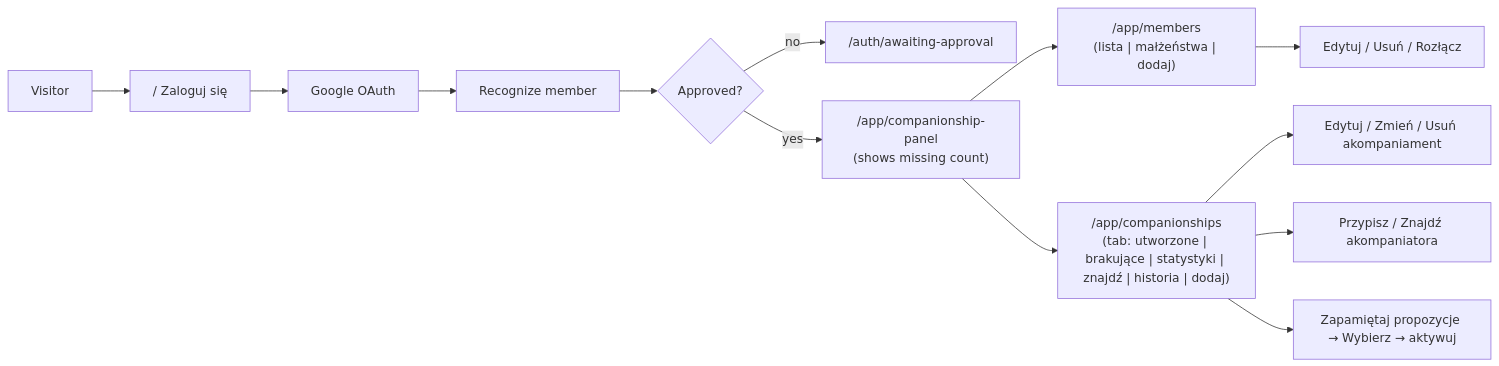
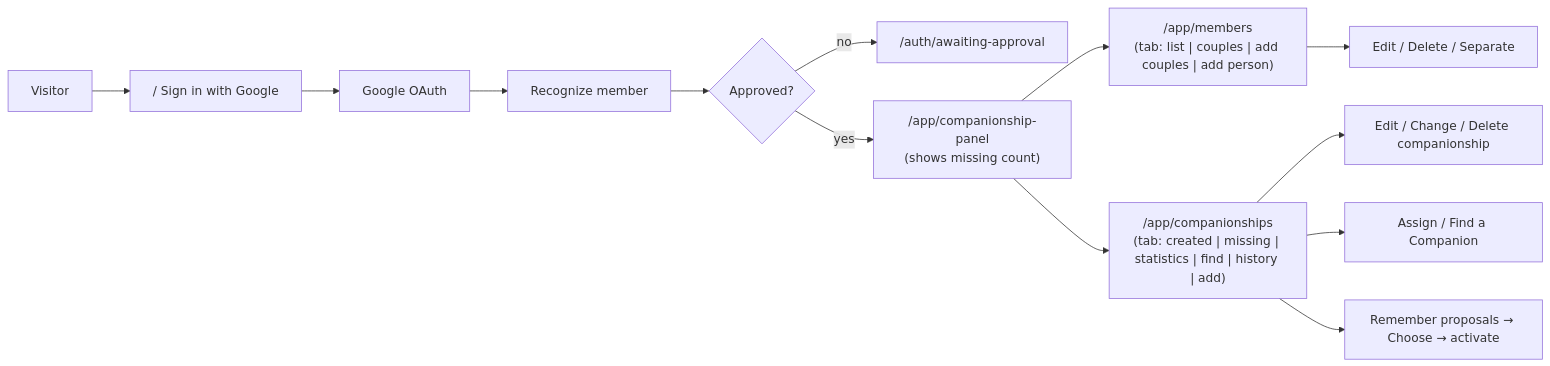
Before and after one commit to greg-latuszek/emma-companionship: the first of 2 diagrams in docs/README.md, drawn with Mermaid. The commit also changed other lines of this file and 1 other file, not shown here.

Commit message:
Use English screen names in the docs

````diff
--- a/docs/README.md
+++ b/docs/README.md
@@ -9,15 +9,15 @@
 ```mermaid
 flowchart LR
-  visitor[Visitor] --> home["/ Zaloguj się"]
+  visitor[Visitor] --> home["/ Sign in with Google"]
   home --> google[Google OAuth]
   google --> recognize[Recognize member]
   recognize --> pending{Approved?}
   pending -->|no| wait["/auth/awaiting-approval"]
   pending -->|yes| panel["/app/companionship-panel\n(shows missing count)"]
-  panel --> members["/app/members\n(lista | małżeństwa | dodaj)"]
-  members --> edit["Edytuj / Usuń / Rozłącz"]
-  panel --> companionships["/app/companionships\n(tab: utworzone | brakujące | statystyki | znajdź | historia | dodaj)"]
-  companionships --> editRel["Edytuj / Zmień / Usuń akompaniament"]
-  companionships --> assign["Przypisz / Znajdź akompaniatora"]
-  companionships --> find["Zapamiętaj propozycje → Wybierz → aktywuj"]
+  panel --> members["/app/members\n(tab: list | couples | add couples | add person)"]
+  members --> edit["Edit / Delete / Separate"]
+  panel --> companionships["/app/companionships\n(tab: created | missing | statistics | find | history | add)"]
+  companionships --> editRel["Edit / Change / Delete companionship"]
+  companionships --> assign["Assign / Find a Companion"]
+  companionships --> find["Remember proposals → Choose → activate"]
 ```
````
